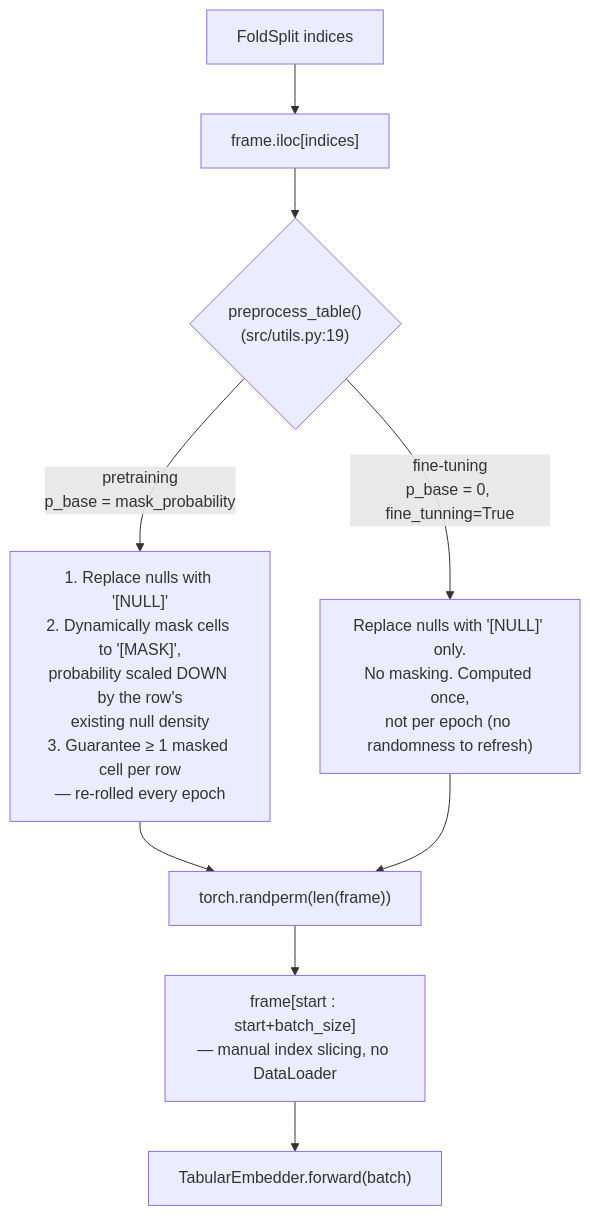
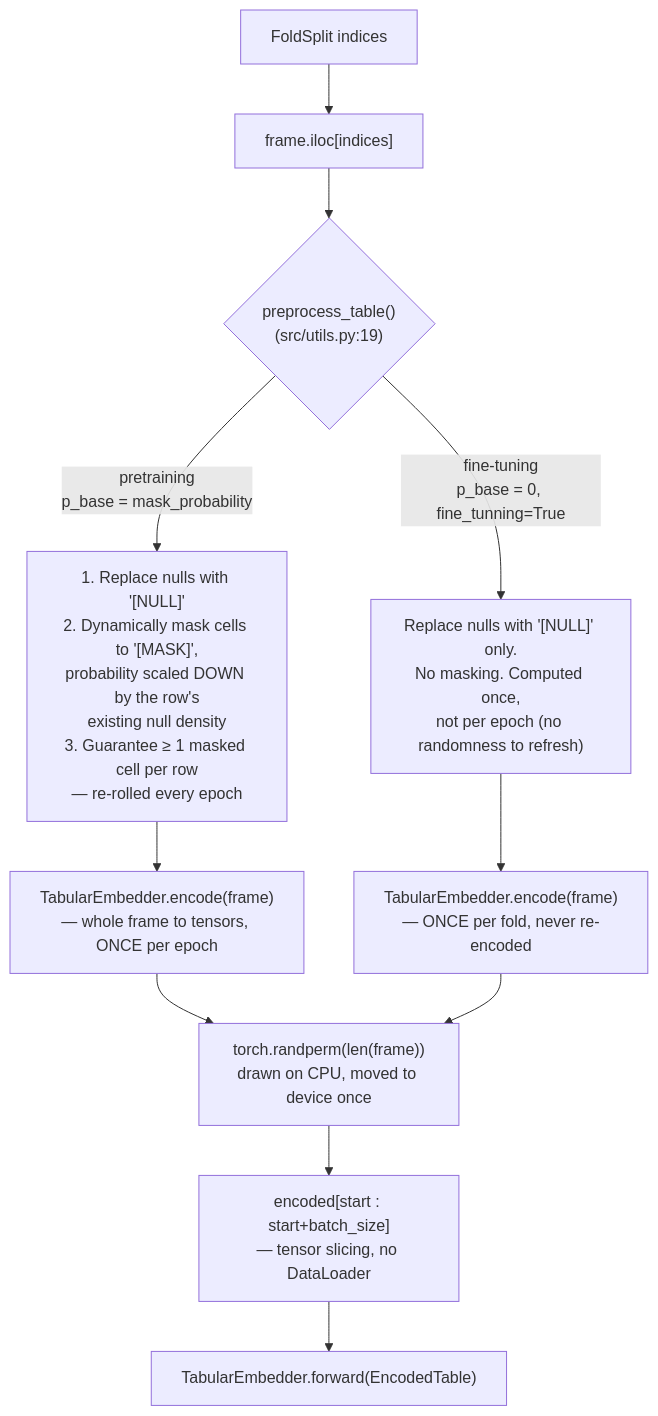
The fourth of 17 diagrams in docs/ARCHITECTURE.md (diogoneiss/TRIDENT), drawn with Mermaid before and after one commit. The commit also changed other lines of this file and 1 other file, not shown here.

First line of the commit message:
docs: describe the tensor-native training loop and record findings

````diff
--- a/docs/ARCHITECTURE.md
+++ b/docs/ARCHITECTURE.md
@@ -76,11 +76,13 @@
 ```mermaid
 flowchart TD
     FS["FoldSplit indices"] --> Frame["frame.iloc[indices]"]
     Frame --> PP{"preprocess_table()<br/>(src/utils.py:19)"}
     PP -->|"pretraining<br/>p_base = mask_probability"| Dyn["1. Replace nulls with '[NULL]'<br/>2. Dynamically mask cells to '[MASK]',<br/>probability scaled DOWN by the row's<br/>existing null density<br/>3. Guarantee ≥ 1 masked cell per row<br/>— re-rolled every epoch"]
     PP -->|"fine-tuning<br/>p_base = 0, fine_tunning=True"| NullOnly["Replace nulls with '[NULL]' only.<br/>No masking. Computed once,<br/>not per epoch (no randomness to refresh)"]
-    Dyn --> Shuffle["torch.randperm(len(frame))"]
-    NullOnly --> Shuffle
-    Shuffle --> Batch["frame[start : start+batch_size]<br/>— manual index slicing, no DataLoader"]
-    Batch --> ToEmb["TabularEmbedder.forward(batch)"]
+    Dyn --> Encode["TabularEmbedder.encode(frame)<br/>— whole frame to tensors, ONCE per epoch"]
+    NullOnly --> EncodeOnce["TabularEmbedder.encode(frame)<br/>— ONCE per fold, never re-encoded"]
+    Encode --> Shuffle["torch.randperm(len(frame))<br/>drawn on CPU, moved to device once"]
+    EncodeOnce --> Shuffle
+    Shuffle --> Batch["encoded[start : start+batch_size]<br/>— tensor slicing, no DataLoader"]
+    Batch --> ToEmb["TabularEmbedder.forward(EncodedTable)"]
 ```
````
